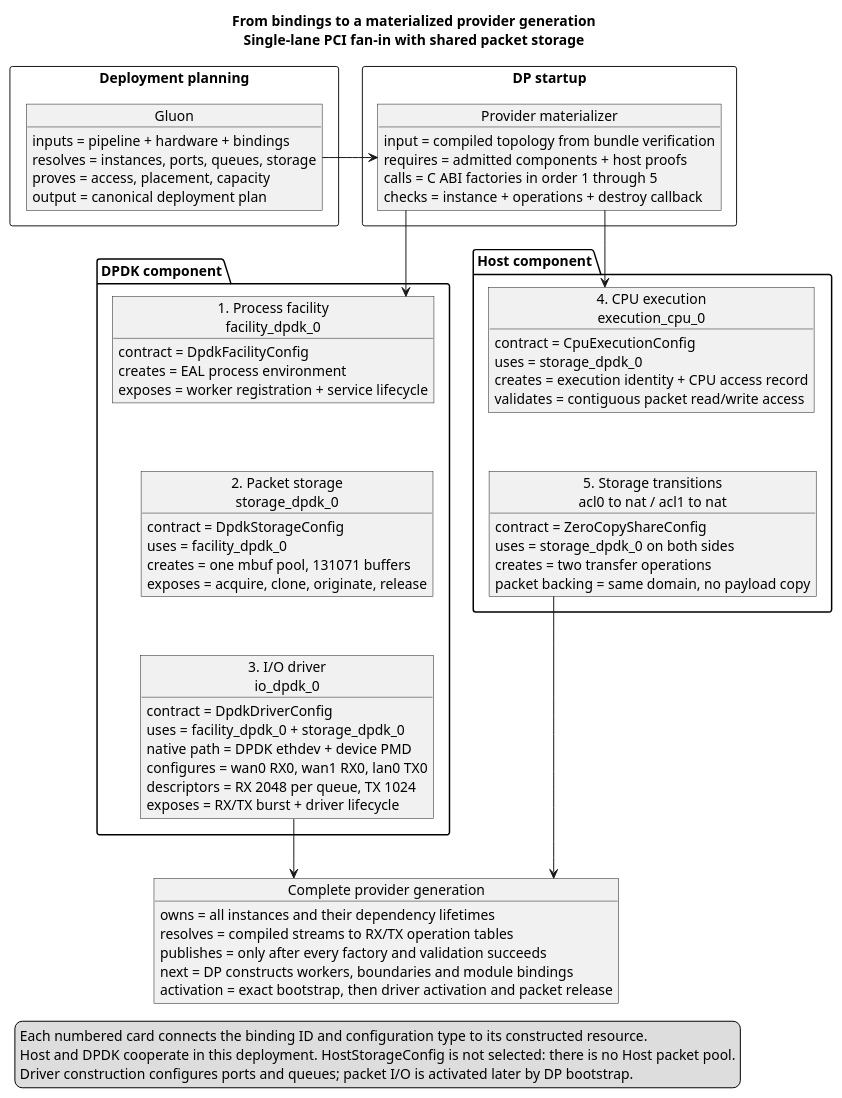
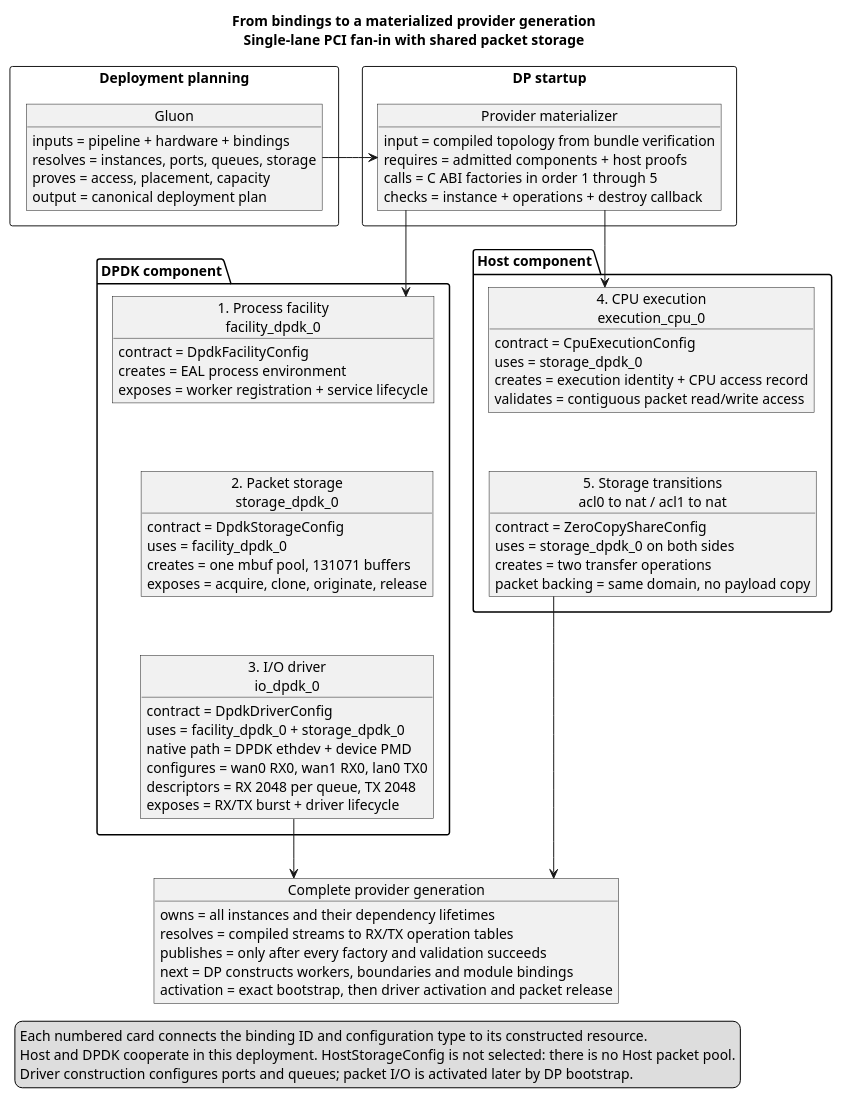
The fifth of 30 diagrams in docs/diagrams/platform_architecture.md (flemingpatel/kinetum), drawn with PlantUML before and after one commit. The commit also changed other lines of this file and 15 other files, not shown here.

```diff
--- a/docs/diagrams/platform_architecture.md
+++ b/docs/diagrams/platform_architecture.md
@@ -505,7 +505,7 @@
         uses = facility_dpdk_0 + storage_dpdk_0
         native path = DPDK ethdev + device PMD
         configures = wan0 RX0, wan1 RX0, lan0 TX0
-        descriptors = RX 2048 per queue, TX 1024
+        descriptors = RX 2048 per queue, TX 2048
         exposes = RX/TX burst + driver lifecycle
     }
     FACILITY -[hidden]down-> STORAGE
```
